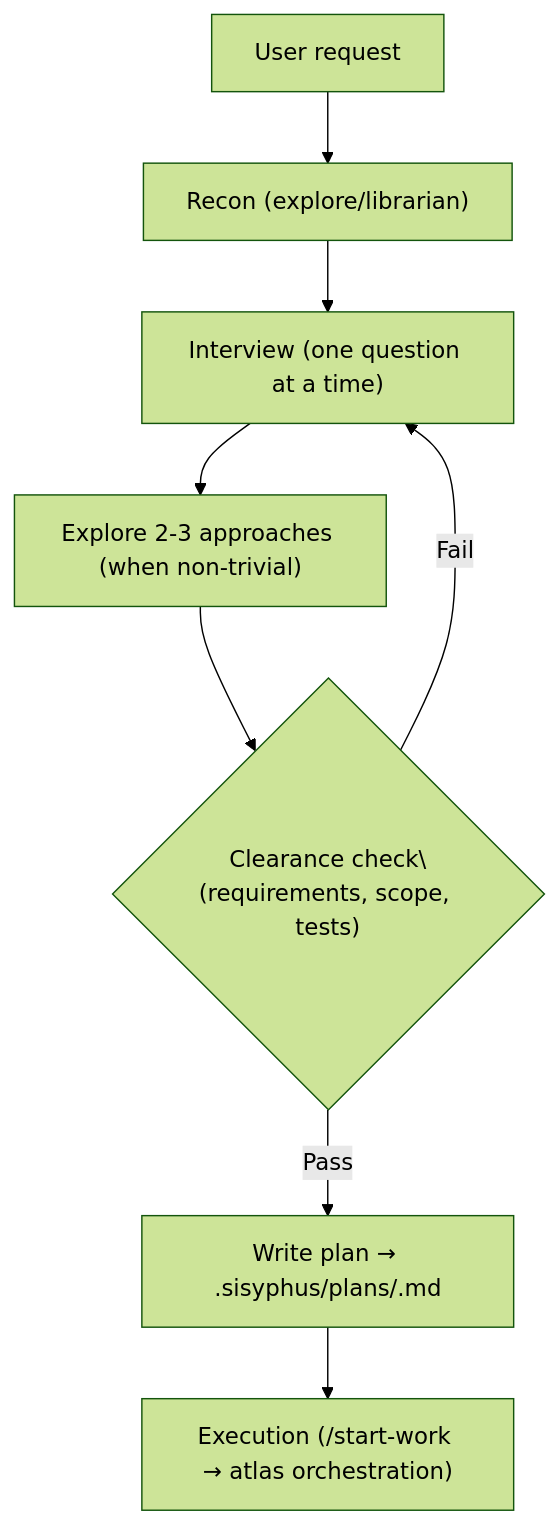
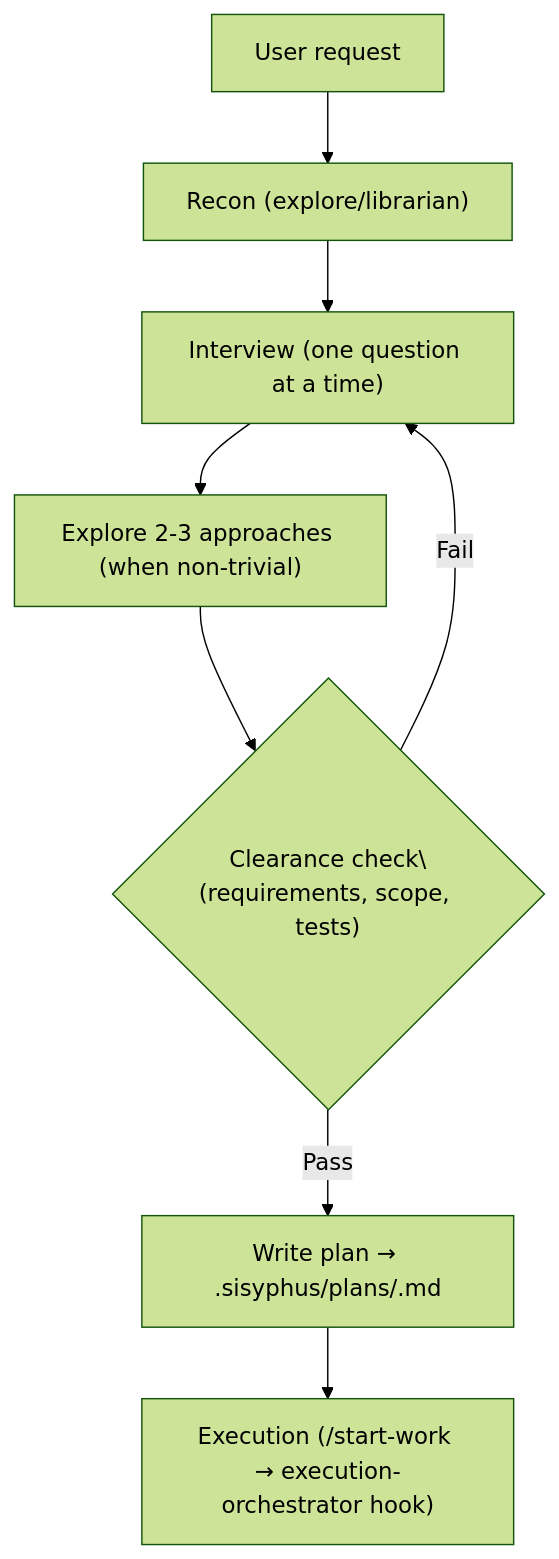
Before and after one commit to arcthur/oh-my-opencode: the diagram in docs/journeys/prometheus-planning.md, drawn with Mermaid (forest theme). The commit also changed 100 other files, not shown here.

First line of the commit message:
refactor: remove Atlas agent and call_omo_agent, clarify orchestrator boundaries

````diff
--- a/docs/journeys/prometheus-planning.md
+++ b/docs/journeys/prometheus-planning.md
@@ -10,10 +10,10 @@
 ```mermaid
 flowchart TD
   U["User request"] --> R["Recon (explore/librarian)"]
   R --> Q["Interview (one question at a time)"]
   Q --> OPT["Explore 2-3 approaches (when non-trivial)"]
   OPT --> CLR{"Clearance check\\n(requirements, scope, tests)"}
   CLR -->|Pass| PLAN["Write plan → .sisyphus/plans/<name>.md"]
   CLR -->|Fail| Q
-  PLAN --> EXEC["Execution (/start-work → atlas orchestration)"]
+  PLAN --> EXEC["Execution (/start-work → execution-orchestrator hook)"]
 ```
````
